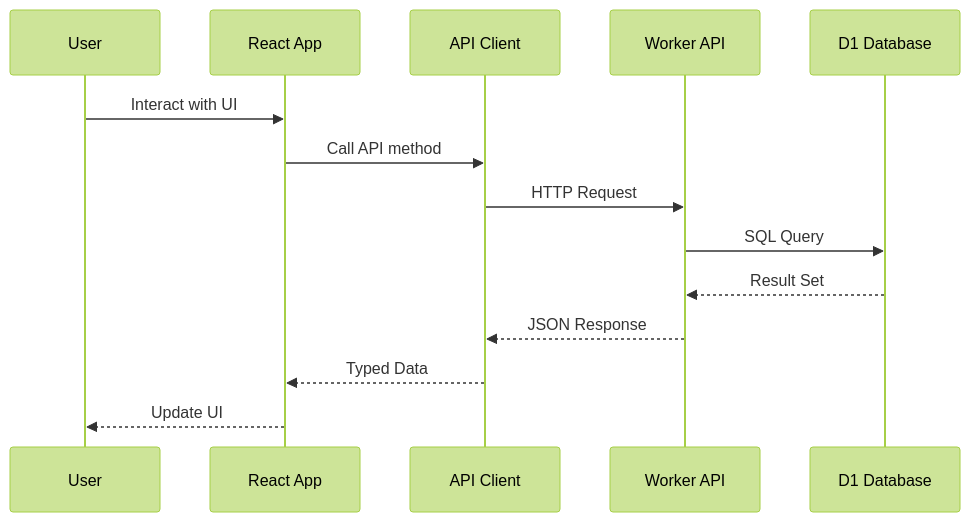
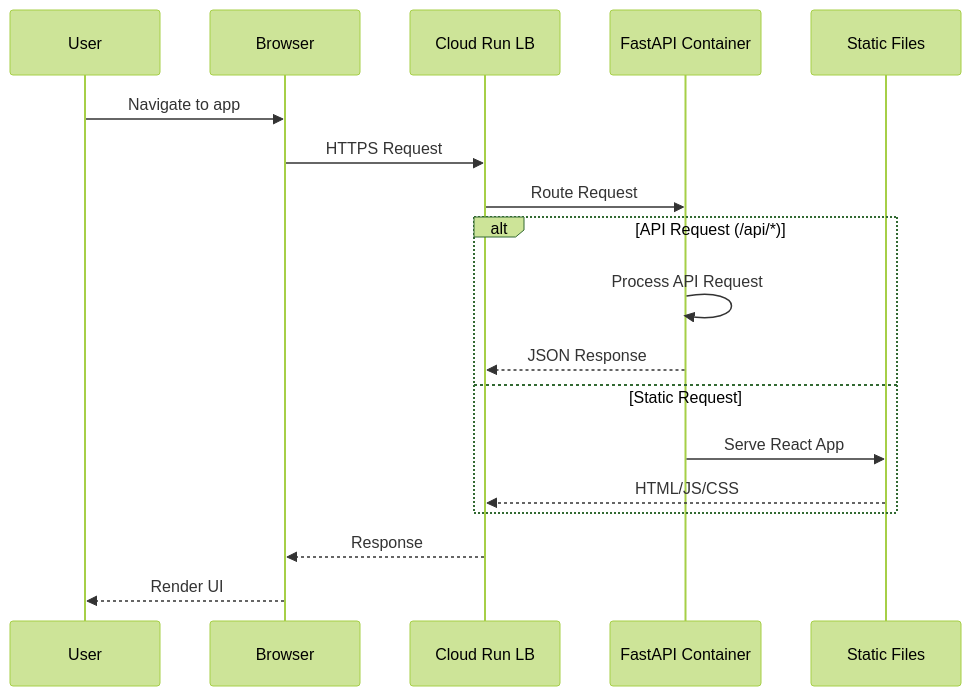
Before and after one commit to emily-flambe/web-app-starter-pack-gcp: the second of 10 diagrams in .project/guidelines/core/architecture-diagrams.md, drawn with Mermaid (forest theme). The commit also changed other lines of this file and 37 other files, not shown here.

First line of the commit message:
Add Google Cloud Run deployment with FastAPI + React starter (#5)

````diff
--- a/.project/guidelines/core/architecture-diagrams.md
+++ b/.project/guidelines/core/architecture-diagrams.md
@@ -34,17 +40,23 @@
 ```mermaid
 sequenceDiagram
     participant User
-    participant React as React App
-    participant API as API Client
-    participant Worker as Worker API
-    participant D1 as D1 Database
+    participant Browser as Browser
+    participant CloudRun as Cloud Run LB
+    participant Container as FastAPI Container
+    participant Static as Static Files
     
-    User->>React: Interact with UI
-    React->>API: Call API method
-    API->>Worker: HTTP Request
-    Worker->>D1: SQL Query
-    D1-->>Worker: Result Set
-    Worker-->>API: JSON Response
-    API-->>React: Typed Data
-    React-->>User: Update UI
+    User->>Browser: Navigate to app
+    Browser->>CloudRun: HTTPS Request
+    CloudRun->>Container: Route Request
+    
+    alt API Request (/api/*)
+        Container->>Container: Process API Request
+        Container-->>CloudRun: JSON Response
+    else Static Request
+        Container->>Static: Serve React App
+        Static-->>CloudRun: HTML/JS/CSS
+    end
+    
+    CloudRun-->>Browser: Response
+    Browser-->>User: Render UI
 ```
````
